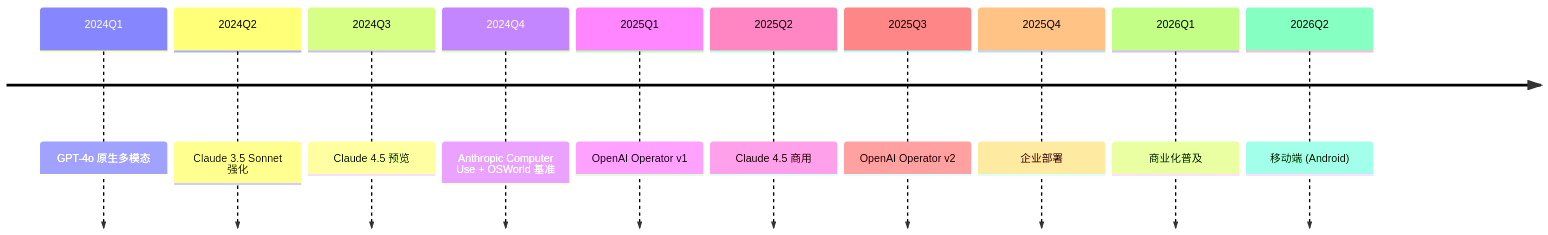
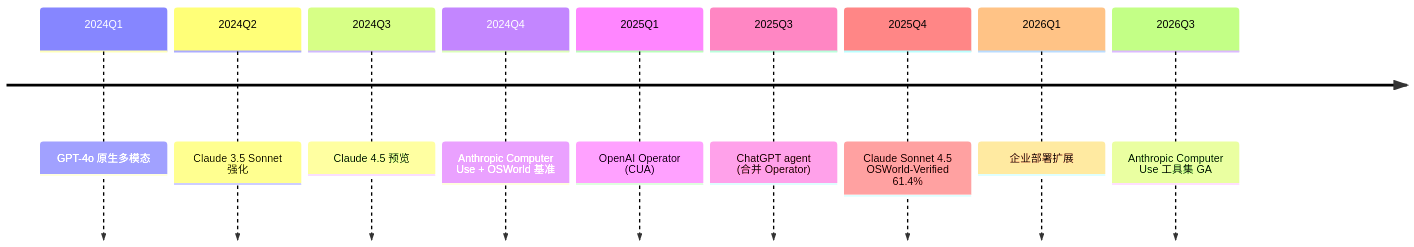
One commit to godlockin/maths-cs-ai-compendium changed the diagram in zh/第23章 - AI Agent 与工具使用/10. Computer Use Operator 实战专题.md. Above: the diagram before and after it, drawn with Mermaid. The commit also changed other lines of this file and 47 other files, not shown here.

````diff
--- a/zh/第23章 - AI Agent 与工具使用/10. Computer Use Operator 实战专题.md
+++ b/zh/第23章 - AI Agent 与工具使用/10. Computer Use Operator 实战专题.md
@@ -442,13 +410,12 @@
 ```mermaid
 timeline
     2024Q1 : GPT-4o 原生多模态
     2024Q2 : Claude 3.5 Sonnet 强化
     2024Q3 : Claude 4.5 预览
     2024Q4 : Anthropic Computer Use + OSWorld 基准
-    2025Q1 : OpenAI Operator v1
-    2025Q2 : Claude 4.5 商用
-    2025Q3 : OpenAI Operator v2
-    2025Q4 : 企业部署
-    2026Q1 : 商业化普及
-    2026Q2 : 移动端 (Android)
+    2025Q1 : OpenAI Operator (CUA)
+    2025Q3 : ChatGPT agent (合并 Operator)
+    2025Q4 : Claude Sonnet 4.5 OSWorld-Verified 61.4%
+    2026Q1 : 企业部署扩展
+    2026Q3 : Anthropic Computer Use 工具集 GA
 ```
````
